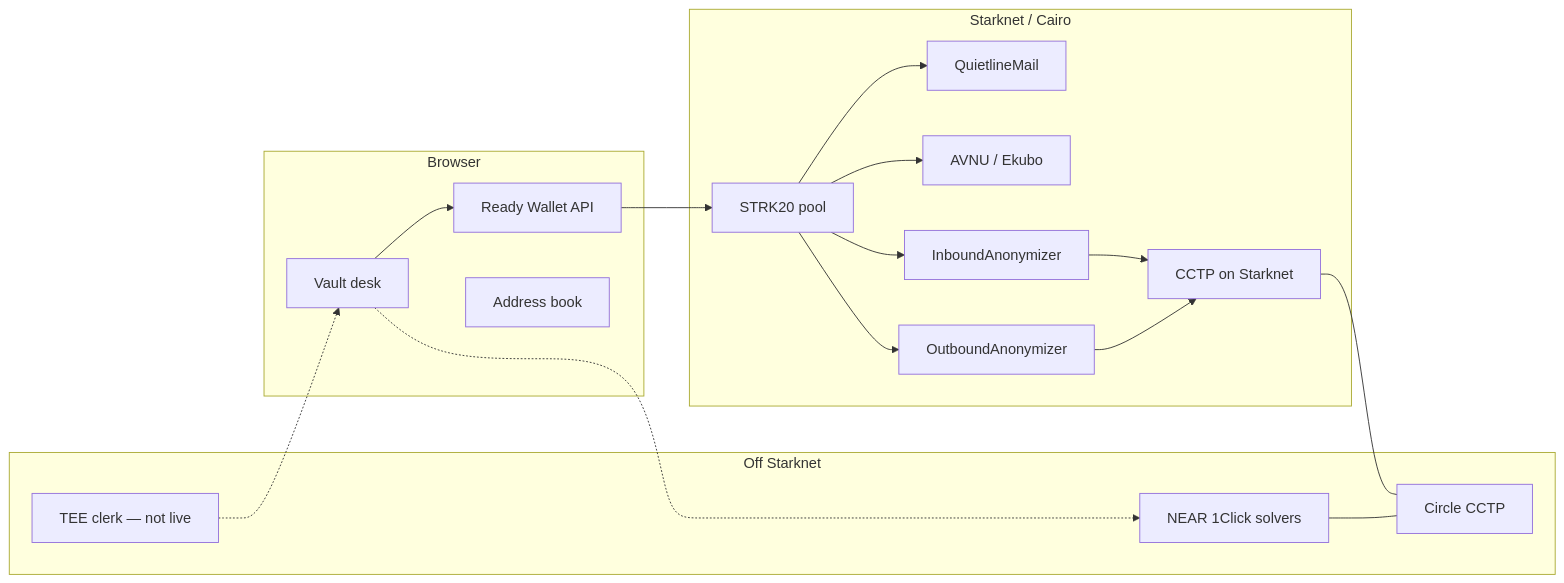
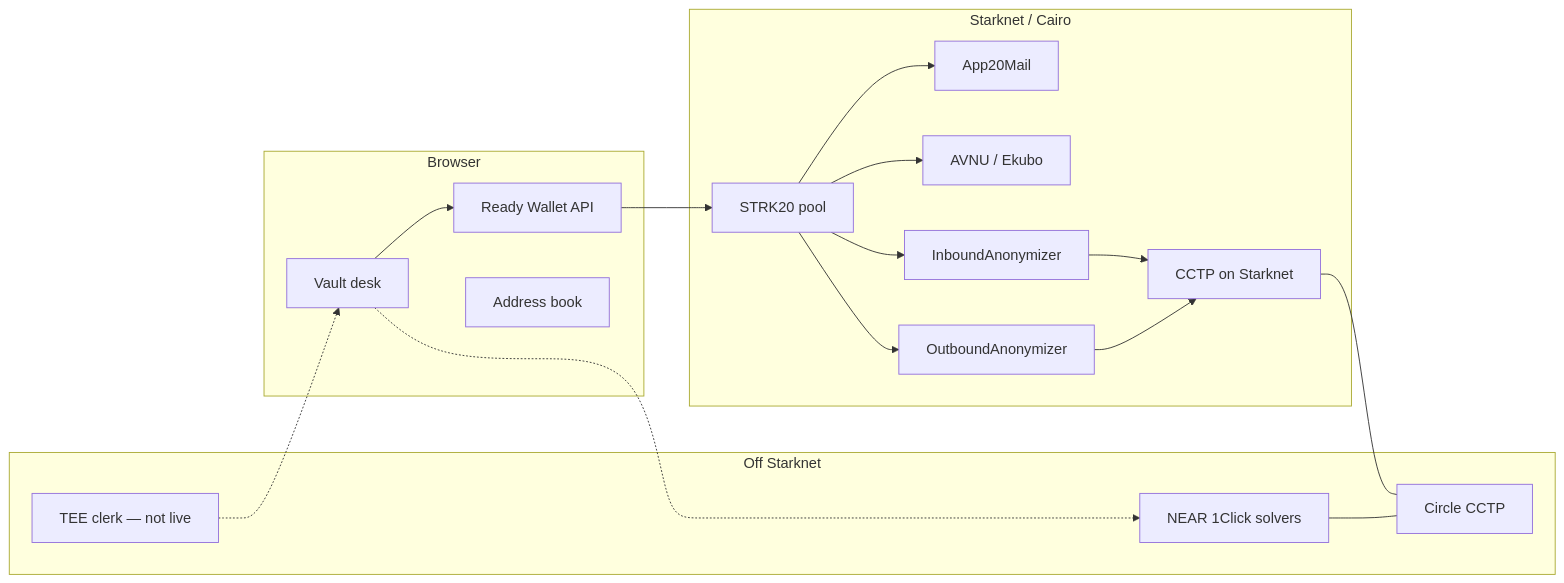
Before and after one commit to gstohl/app20: the first of 10 diagrams in docs/APP20_SWAP_FLOWS.md, drawn with Mermaid. The commit also changed other lines of this file and 135 other files, not shown here.

````diff
--- a/docs/APP20_SWAP_FLOWS.md
+++ b/docs/APP20_SWAP_FLOWS.md
@@ -9,36 +9,36 @@
 ```mermaid
 flowchart LR
   subgraph User["Browser"]
     Ready[Ready Wallet API]
     Book[Address book]
     Desk[Vault desk]
   end
 
   subgraph Starknet["Starknet / Cairo"]
     Pool[STRK20 pool]
-    Mail[QuietlineMail]
+    Mail[App20Mail]
     Avnu[AVNU / Ekubo]
     Inb[InboundAnonymizer]
     Out[OutboundAnonymizer]
     CctpSn[CCTP on Starknet]
   end
 
   subgraph Off["Off Starknet"]
     OneClick[NEAR 1Click solvers]
     Circle[Circle CCTP]
     Tee[TEE clerk — not live]
   end
 
   Desk --> Ready
   Ready --> Pool
   Pool --> Mail
   Pool --> Avnu
   Pool --> Inb
   Pool --> Out
   Inb --> CctpSn
   Out --> CctpSn
   CctpSn --- Circle
   OneClick --- Circle
   Desk -.-> OneClick
   Tee -.-> Desk
 ```
````
